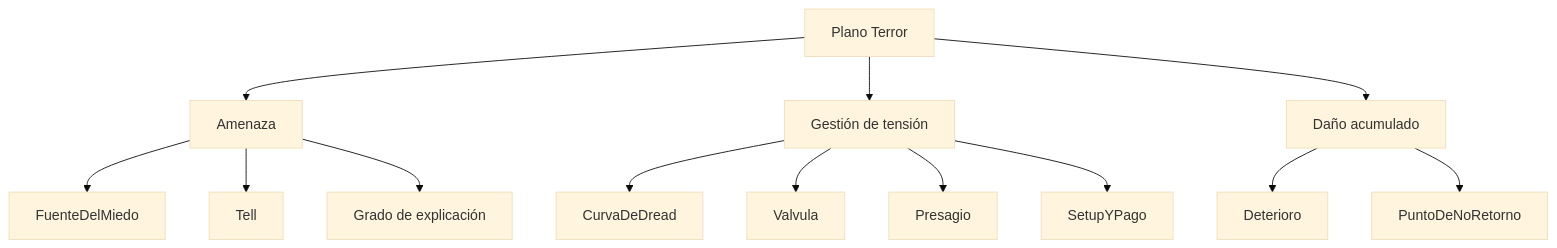
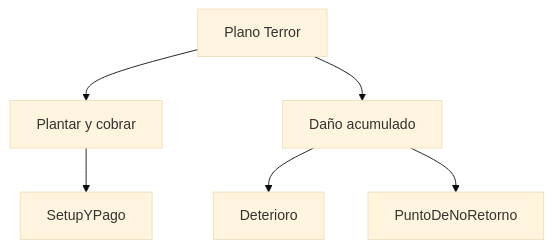
One commit to SantiagoEspinosa-ai/My_novel_story changed the fifth of 11 diagrams in Docs/domain-knowledge.md. Above: the diagram before and after it, drawn with Mermaid (base theme). The commit also changed other lines of this file and 17 other files, not shown here.

````diff
--- a/Docs/domain-knowledge.md
+++ b/Docs/domain-knowledge.md
@@ -81,16 +81,9 @@
 ```mermaid
 flowchart TD
   P3["Plano Terror"]
-  P3 --> A["Amenaza"]
-  P3 --> T["Gestión de tensión"]
+  P3 --> T["Plantar y cobrar"]
   P3 --> D["Daño acumulado"]
-  A --> A1["FuenteDelMiedo"]
-  A --> A2["Tell"]
-  A --> A3["Grado de explicación"]
-  T --> T1["CurvaDeDread"]
-  T --> T2["Valvula"]
-  T --> T3["Presagio"]
   T --> T4["SetupYPago"]
   D --> D1["Deterioro"]
   D --> D2["PuntoDeNoRetorno"]
 ```
````
